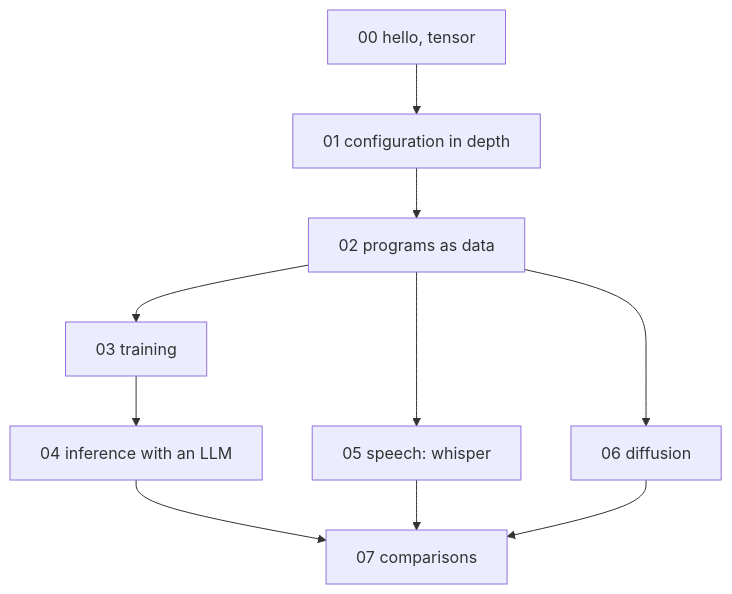
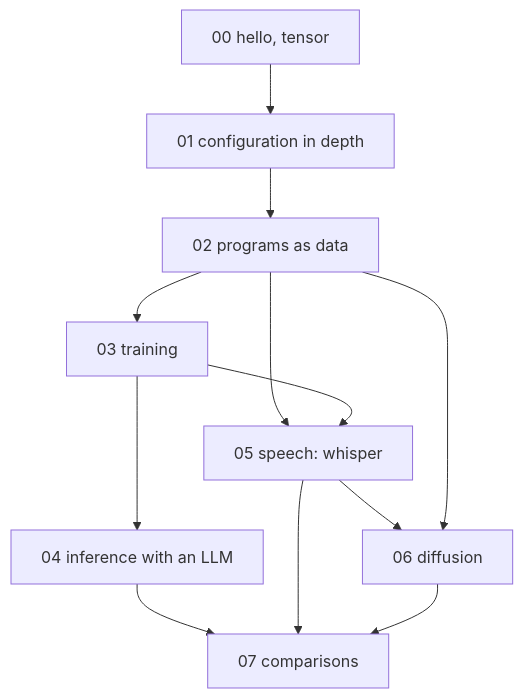
One commit to brianbruggeman/proxima changed the diagram in docs/omega/README.md. Above: the diagram before and after it, drawn with Mermaid. The commit also changed other lines of this file and 12 other files, not shown here.

````diff
--- a/docs/omega/README.md
+++ b/docs/omega/README.md
@@ -17,20 +20,22 @@
 ```mermaid
 graph TD
   P00["00 hello, tensor"]
   P01["01 configuration in depth"]
   P02["02 programs as data"]
   P03["03 training"]
   P04["04 inference with an LLM"]
   P05["05 speech: whisper"]
   P06["06 diffusion"]
   P07["07 comparisons"]
   P00 --> P01
   P01 --> P02
   P02 --> P03
   P03 --> P04
   P02 --> P05
+  P03 --> P05
+  P05 --> P06
   P02 --> P06
   P04 --> P07
   P05 --> P07
   P06 --> P07
 ```
````
